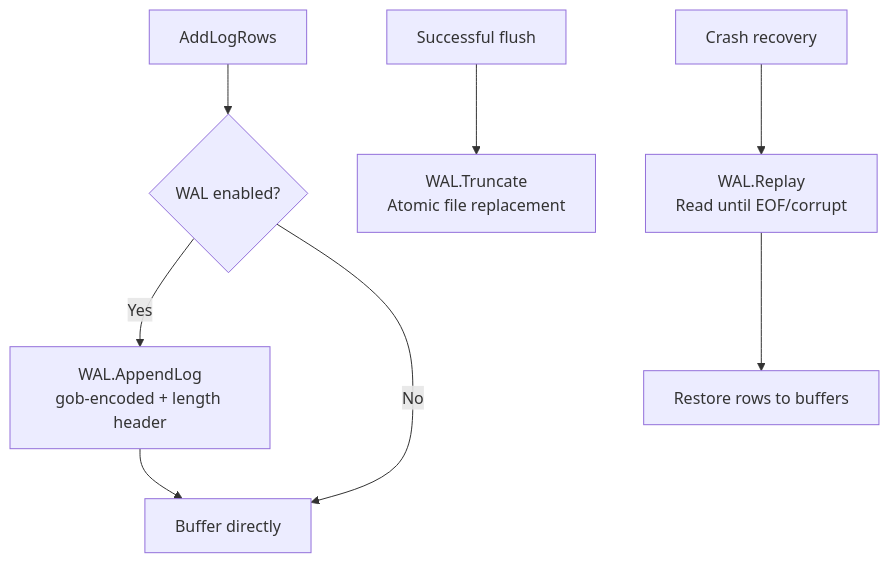
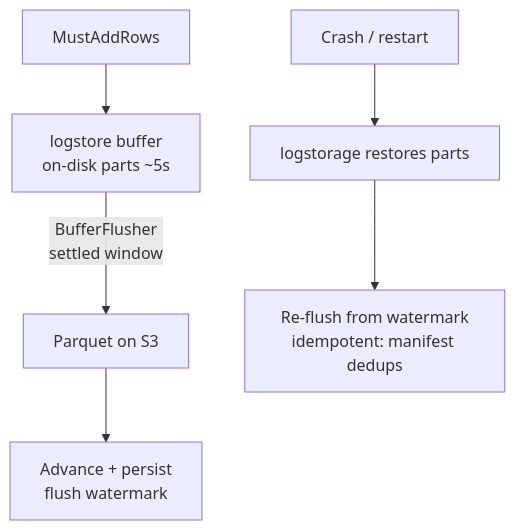
Before and after one commit to ReliablyObserve/victoria-lakehouse: the sixth of 17 diagrams in docs/storage-flow.md, drawn with Mermaid. The commit also changed other lines of this file and 5 other files, not shown here.

````diff
--- a/docs/storage-flow.md
+++ b/docs/storage-flow.md
@@ -182,12 +185,8 @@
 ```mermaid
 flowchart TD
-    ADD[AddLogRows] --> WAL{WAL enabled?}
-    WAL -->|Yes| APPEND[WAL.AppendLog<br/>gob-encoded + length header]
-    WAL -->|No| BUF[Buffer directly]
-    APPEND --> BUF
-
-    FLUSH[Successful flush] --> TRUNC[WAL.Truncate<br/>Atomic file replacement]
-
-    CRASH[Crash recovery] --> REPLAY[WAL.Replay<br/>Read until EOF/corrupt]
-    REPLAY --> RESTORE[Restore rows to buffers]
+    ADD[MustAddRows] --> BUF[logstore buffer<br/>on-disk parts ~5s]
+    BUF -->|BufferFlusher<br/>settled window| S3[Parquet on S3]
+    S3 --> WM[Advance + persist<br/>flush watermark]
+    CRASH[Crash / restart] --> RESTORE[logstorage restores parts]
+    RESTORE --> REFLUSH[Re-flush from watermark<br/>idempotent: manifest dedups]
 ```
````
